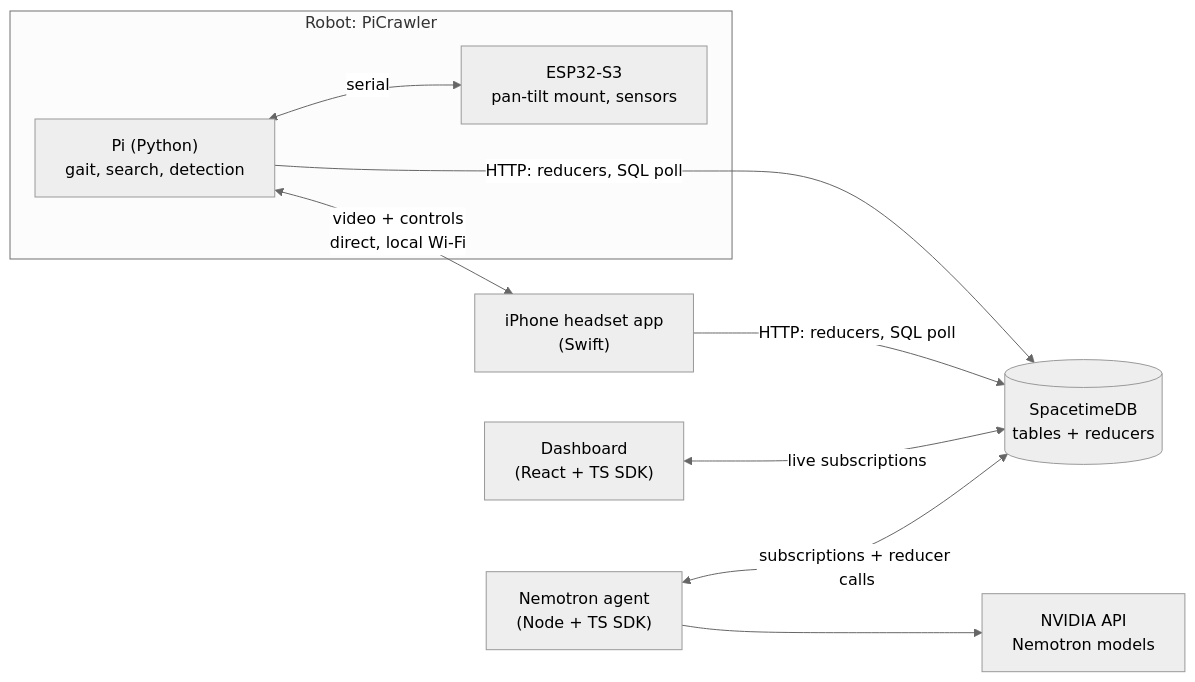
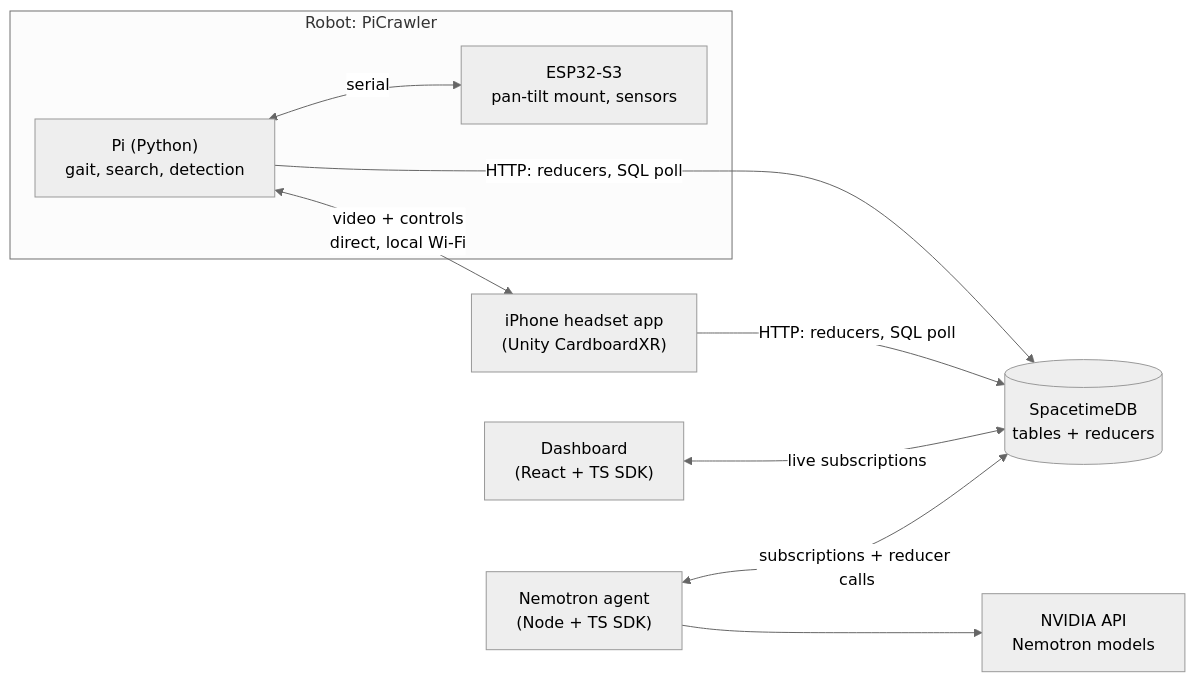
One commit to tanushchauhan/four-sight changed the diagram in docs/plan.md. Above: the diagram before and after it, drawn with Mermaid (neutral theme). The commit also changed other lines of this file and 758 other files, not shown here.

````diff
--- a/docs/plan.md
+++ b/docs/plan.md
@@ -29,20 +29,20 @@
 ```mermaid
 flowchart LR
   subgraph Robot["Robot: PiCrawler"]
     PI["Pi (Python)<br/>gait, search, detection"]
     ESP["ESP32-S3<br/>pan-tilt mount, sensors"]
   end
-  PHONE["iPhone headset app<br/>(Swift)"]
+  PHONE["iPhone headset app<br/>(Unity CardboardXR)"]
   STDB[("SpacetimeDB<br/>tables + reducers")]
   DASH["Dashboard<br/>(React + TS SDK)"]
   AGENT["Nemotron agent<br/>(Node + TS SDK)"]
   NIM["NVIDIA API<br/>Nemotron models"]
 
   PI <-->|"video + controls<br/>direct, local Wi-Fi"| PHONE
   PI <-->|serial| ESP
   PI -->|HTTP: reducers, SQL poll| STDB
   PHONE -->|HTTP: reducers, SQL poll| STDB
   DASH <-->|live subscriptions| STDB
   AGENT <-->|subscriptions + reducer calls| STDB
   AGENT --> NIM
 ```
````
